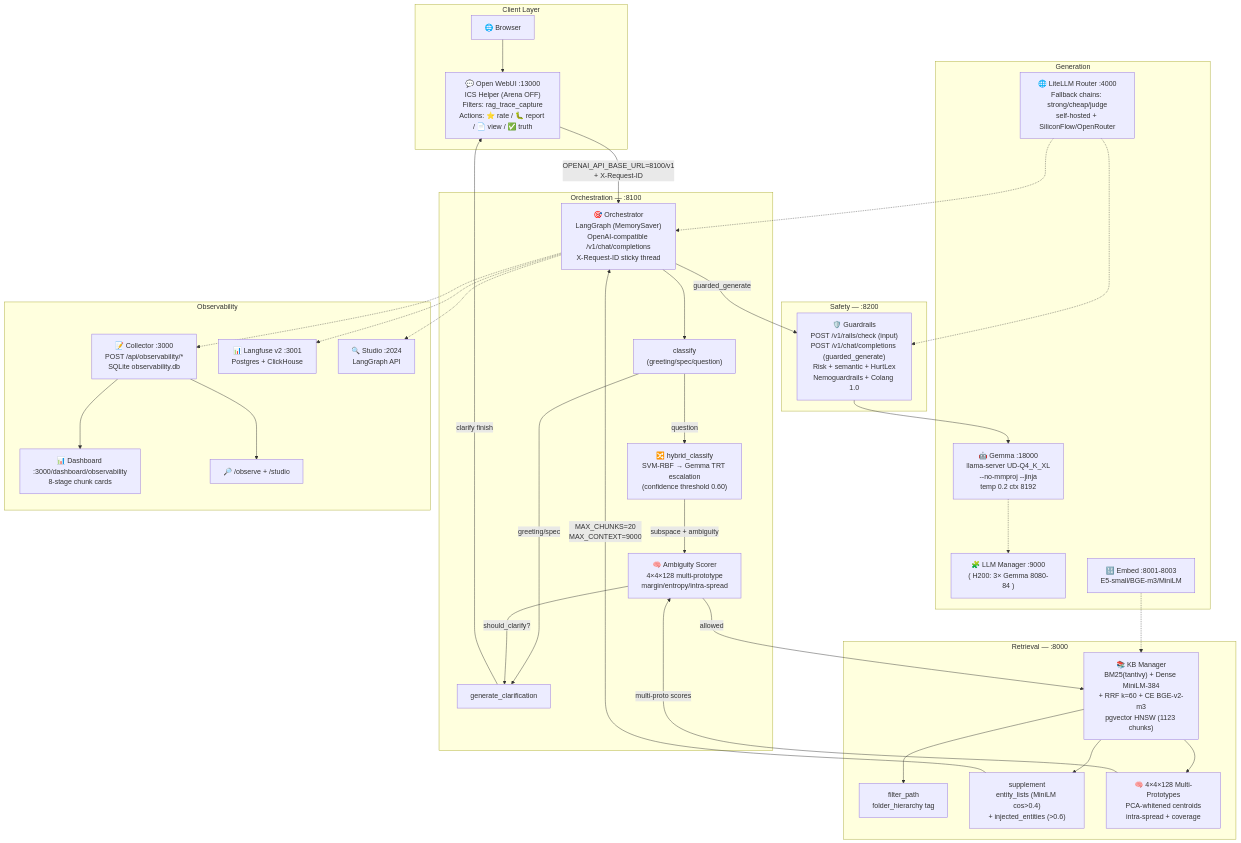
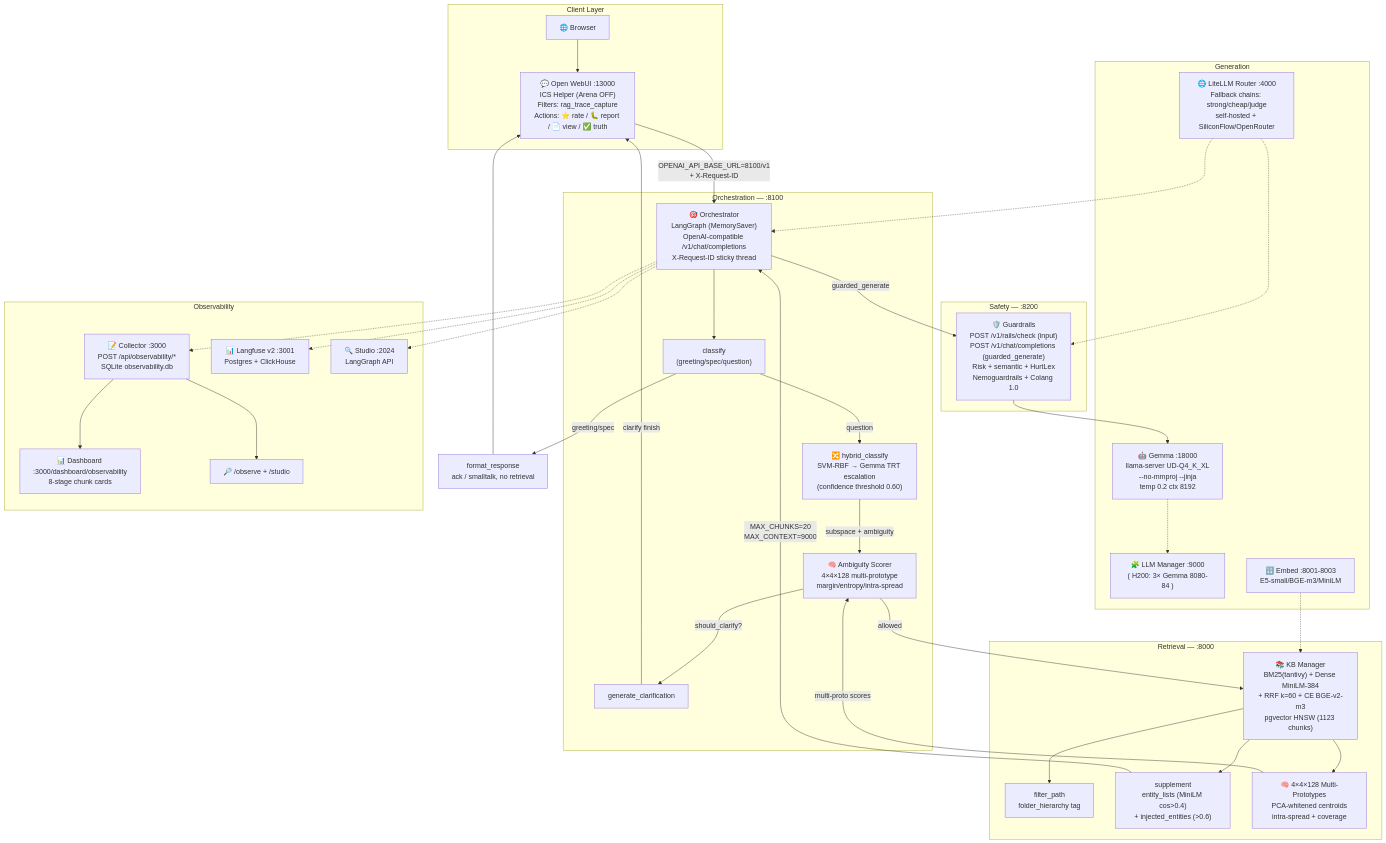
One commit to AliNikkhah2001/Work_Credit-RAG_Phase1 changed the second of 9 diagrams in README.md. Above: the diagram before and after it, drawn with Mermaid. The commit also changed other lines of this file, not shown here.

Commit message:
docs: fix README mermaid diagrams to match code (greeting/spec->format_response, LiteLLM planned label)

````diff
--- a/README.md
+++ b/README.md
@@ -293,67 +293,68 @@
 ```mermaid
 flowchart TB
     subgraph Client["Client Layer"]
         Browser["🌐 Browser"]
         WebUI["💬 Open WebUI :13000\nICS Helper (Arena OFF)\nFilters: rag_trace_capture\nActions: ⭐ rate / 🐛 report / 📄 view / ✅ truth"]
     end
 
     subgraph Orchestration["Orchestration — :8100"]
         Orch["🎯 Orchestrator\nLangGraph (MemorySaver)\nOpenAI-compatible /v1/chat/completions\nX-Request-ID sticky thread"]
         Classify["classify\n(greeting/spec/question)"]
         HybridClf["🔀 hybrid_classify\nSVM-RBF → Gemma TRT escalation\n(confidence threshold 0.60)"]
         Ambiguity["🧠 Ambiguity Scorer\n4×4×128 multi-prototype\nmargin/entropy/intra-spread"]
         Clarify["generate_clarification"]
     end
 
     subgraph Retrieval["Retrieval — :8000"]
         KB["📚 KB Manager\nBM25(tantivy) + Dense MiniLM-384\n+ RRF k=60 + CE BGE-v2-m3\npgvector HNSW (1123 chunks)"]
         Filter["filter_path\nfolder_hierarchy tag"]
         Suppl["supplement\nentity_lists (MiniLM cos>0.4)\n+ injected_entities (>0.6)"]
         Proto["🧠 4×4×128 Multi-Prototypes\nPCA-whitened centroids\nintra-spread + coverage"]
     end
 
     subgraph Safety["Safety — :8200"]
         GR["🛡️ Guardrails\nPOST /v1/rails/check (input)\nPOST /v1/chat/completions (guarded_generate)\nRisk + semantic + HurtLex\nNemoguardrails + Colang 1.0"]
     end
 
     subgraph Generation["Generation"]
         Gemma["🤖 Gemma :18000\nllama-server UD-Q4_K_XL\n--no-mmproj --jinja\ntemp 0.2 ctx 8192"]
         Manager["🧩 LLM Manager :9000\n( H200: 3× Gemma 8080-84 )"]
         Embed["🔢 Embed :8001-8003\nE5-small/BGE-m3/MiniLM"]
         LiteLLM["🌐 LiteLLM Router :4000\nFallback chains: strong/cheap/judge\nself-hosted + SiliconFlow/OpenRouter"]
     end
 
     subgraph Observability["Observability"]
         Collector["📝 Collector :3000\nPOST /api/observability/*\nSQLite observability.db"]
         Dashboard["📊 Dashboard :3000/dashboard/observability\n8-stage chunk cards"]
         LF2["📊 Langfuse v2 :3001\nPostgres + ClickHouse"]
         Studio["🔍 Studio :2024\nLangGraph API"]
         TraceApp["🔎 /observe + /studio"]
     end
 
     Browser --> WebUI
     WebUI -- "OPENAI_API_BASE_URL=8100/v1\n+ X-Request-ID" --> Orch
     Orch --> Classify
     Classify -- "question" --> HybridClf
-    Classify -- "greeting/spec" --> Clarify
+    Classify -- "greeting/spec" --> FRMT[format_response<br/>ack / smalltalk, no retrieval]
+    FRMT --> WebUI
     HybridClf -- "subspace + ambiguity" --> Ambiguity
     Ambiguity -- "should_clarify?" --> Clarify
     Clarify -- "clarify finish" --> WebUI
     Ambiguity -- "allowed" --> KB
     KB --> Filter
     KB --> Suppl
     KB --> Proto
     Suppl -- "MAX_CHUNKS=20\nMAX_CONTEXT=9000" --> Orch
     Proto -- "multi-proto scores" --> Ambiguity
     Orch -- "guarded_generate" --> GR
     GR --> Gemma
     Gemma -.-> Manager
     Embed -.-> KB
     Orch -.-> Collector
     Collector --> Dashboard
     Orch -.-> LF2
     Orch -.-> Studio
     Collector --> TraceApp
     LiteLLM -.-> Orch
     LiteLLM -.-> GR
 ```
````
